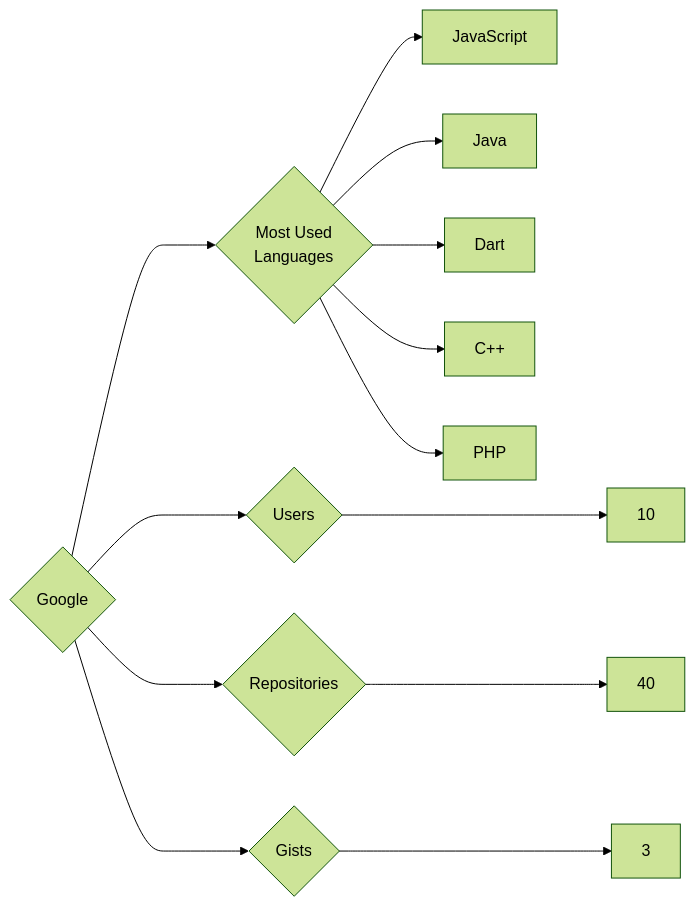
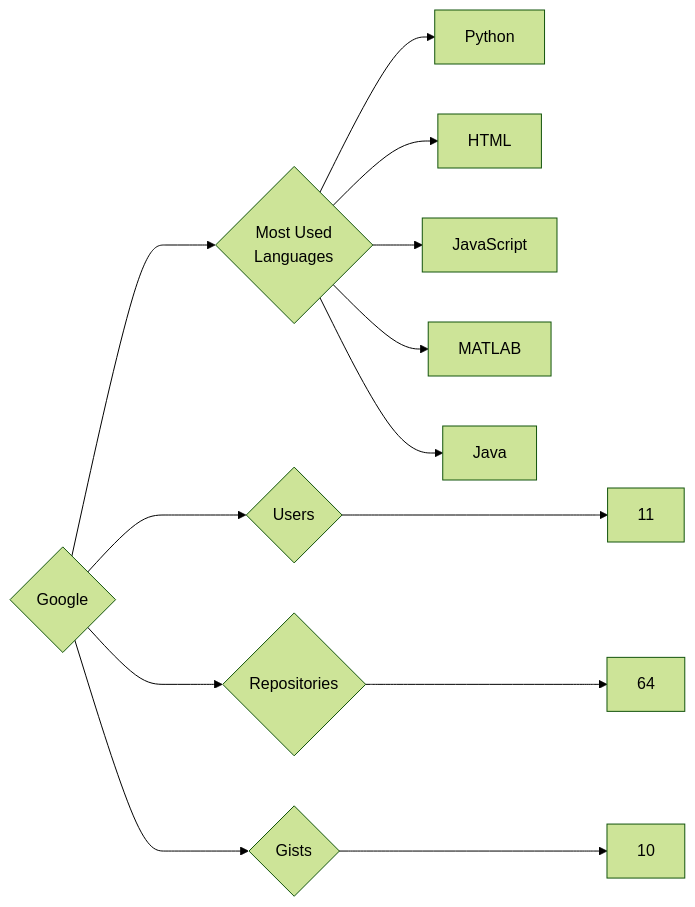
Before and after one commit to trickest/insiders: the diagram in targets/Google/README.md, drawn with Mermaid (forest theme). The commit also changed 1123 other files, not shown here.

````diff
--- a/targets/Google/README.md
+++ b/targets/Google/README.md
@@ -3,13 +3,13 @@
 ```mermaid
 graph LR
 COMPANY_NAME{Google}
-COMPANY_NAME ---> U{Users} ---> UN[10]
-COMPANY_NAME ---> R{Repositories} ---> RN[40]
-COMPANY_NAME ---> G{Gists} ---> GN[3]
+COMPANY_NAME ---> U{Users} ---> UN[11]
+COMPANY_NAME ---> R{Repositories} ---> RN[64]
+COMPANY_NAME ---> G{Gists} ---> GN[10]
 COMPANY_NAME ---> ML{Most Used<br>Languages}
+ML --> Python[Python]
+ML --> HTML[HTML]
 ML --> JavaScript[JavaScript]
+ML --> MATLAB[MATLAB]
 ML --> Java[Java]
-ML --> Dart[Dart]
-ML --> C++[C++]
-ML --> PHP[PHP]
 ```
````
